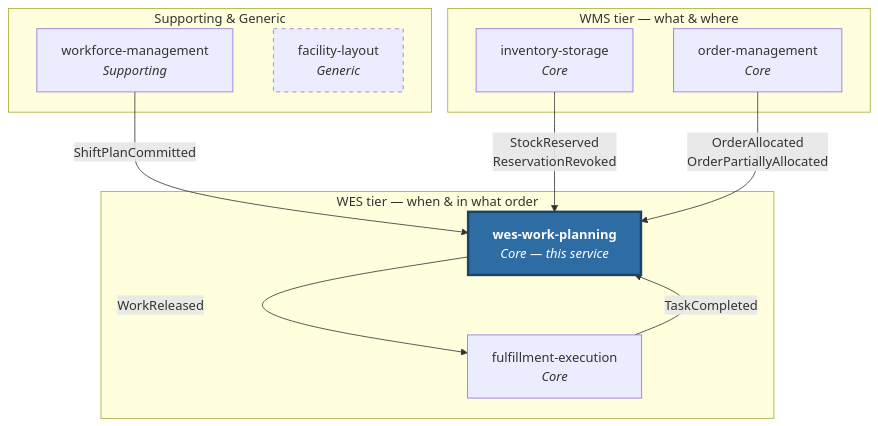
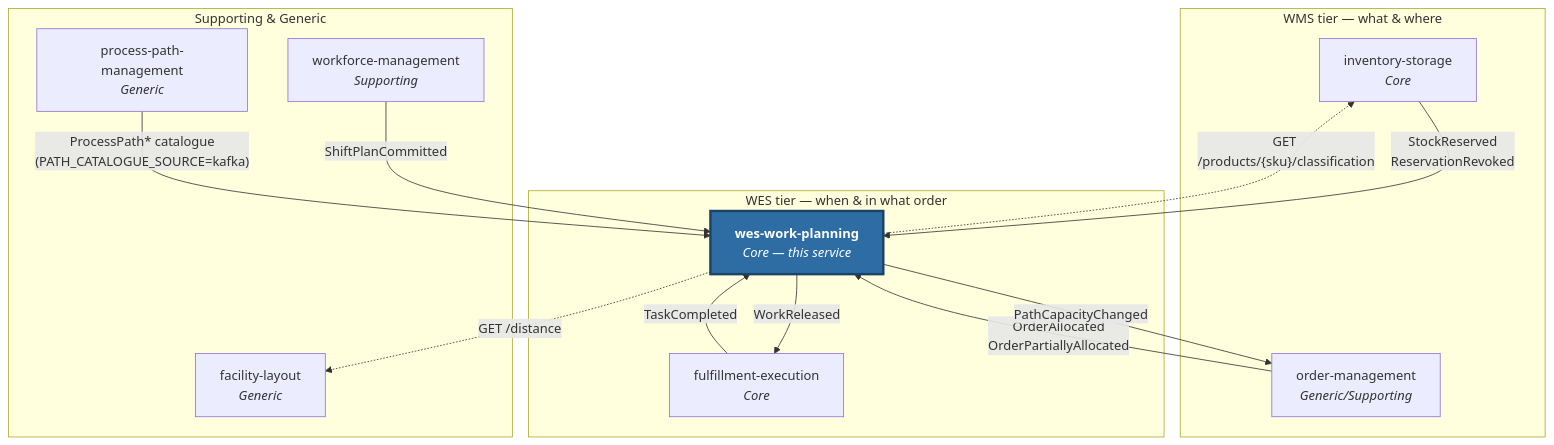
The diagram in docs/docs/ecosystem/index.md (claudioed/wes-work-planning), drawn with Mermaid before and after one commit. The commit also changed other lines of this file and 21 other files, not shown here.

````diff
--- a/docs/docs/ecosystem/index.md
+++ b/docs/docs/ecosystem/index.md
@@ -24,24 +27,28 @@
 ```mermaid
 flowchart TB
     subgraph wms["WMS tier — what &amp; where"]
         INV["inventory-storage<br/><i>Core</i>"]
-        OM["order-management<br/><i>Core</i>"]
+        OM["order-management<br/><i>Generic/Supporting</i>"]
     end
     subgraph wes["WES tier — when &amp; in what order"]
         WP["<b>wes-work-planning</b><br/><i>Core — this service</i>"]
         FE["fulfillment-execution<br/><i>Core</i>"]
     end
     subgraph sup["Supporting &amp; Generic"]
         WM["workforce-management<br/><i>Supporting</i>"]
         FL["facility-layout<br/><i>Generic</i>"]
+        PPM["process-path-management<br/><i>Generic</i>"]
     end
 
     INV -->|"StockReserved<br/>ReservationRevoked"| WP
     WM -->|"ShiftPlanCommitted"| WP
     OM -->|"OrderAllocated<br/>OrderPartiallyAllocated"| WP
+    PPM -->|"ProcessPath* catalogue<br/>(PATH_CATALOGUE_SOURCE=kafka)"| WP
     WP -->|"WorkReleased"| FE
+    WP -->|"PathCapacityChanged"| OM
     FE -->|"TaskCompleted"| WP
+    WP -.->|"GET /products/{sku}/classification"| INV
+    WP -.->|"GET /distance"| FL
 
     style WP fill:#2e6da4,color:#ffffff,stroke:#1b4368,stroke-width:3px
-    style FL stroke-dasharray: 5 5
 ```
````
